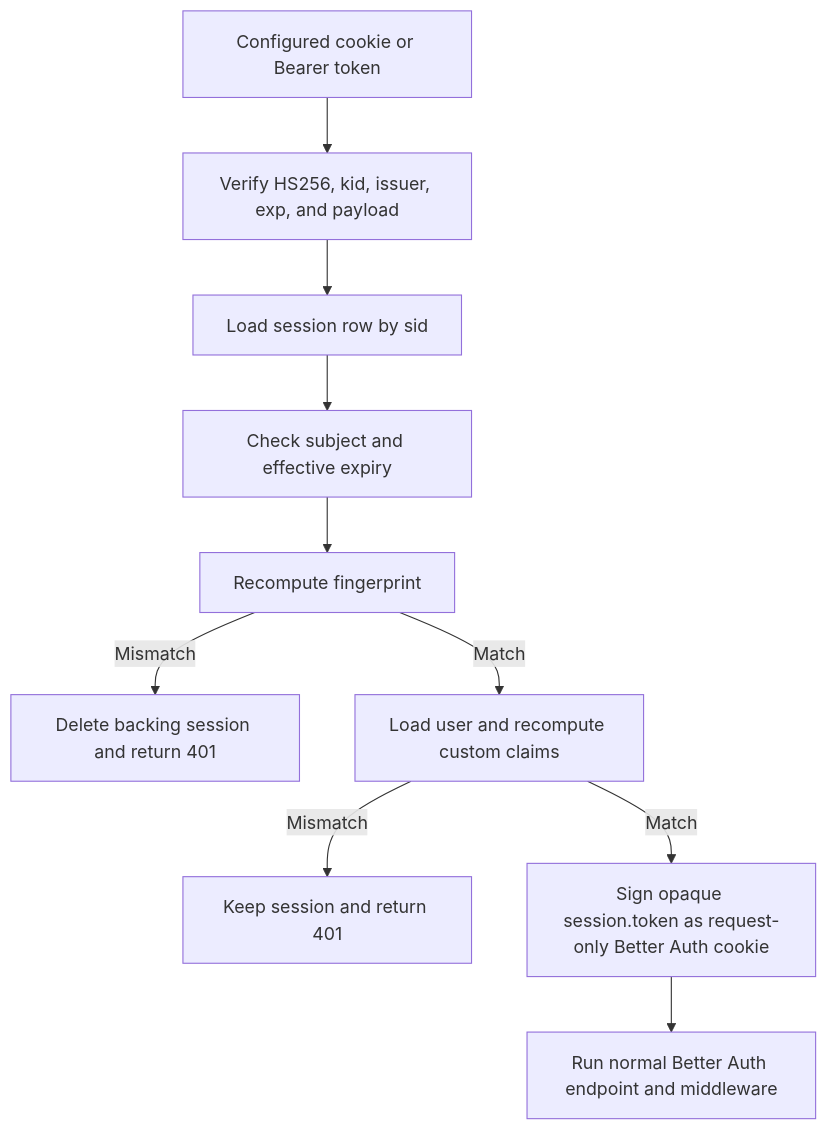
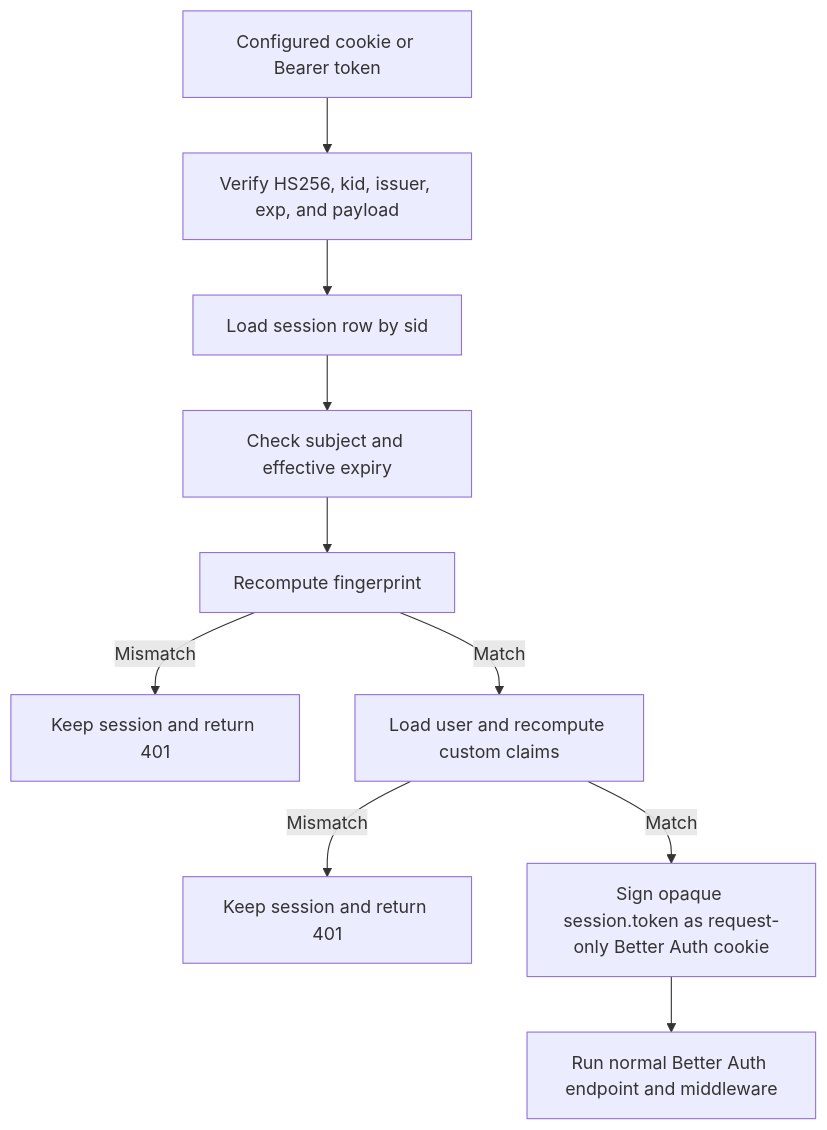
One commit to dark1zinn/better-auth-scjwt changed the diagram in docs/README.md. Above: the diagram before and after it, drawn with Mermaid. The commit also changed other lines of this file and 5 other files, not shown here.

````diff
--- a/docs/README.md
+++ b/docs/README.md
@@ -21,12 +21,12 @@
 ```mermaid
 flowchart TD
   A[Configured cookie or Bearer token] --> B[Verify HS256, kid, issuer, exp, and payload]
   B --> C[Load session row by sid]
   C --> D[Check subject and effective expiry]
   D --> E[Recompute fingerprint]
-  E -->|Mismatch| F[Delete backing session and return 401]
+  E -->|Mismatch| F[Keep session and return 401]
   E -->|Match| G[Load user and recompute custom claims]
   G -->|Mismatch| H[Keep session and return 401]
   G -->|Match| I[Sign opaque session.token as request-only Better Auth cookie]
   I --> J[Run normal Better Auth endpoint and middleware]
 ```
````
